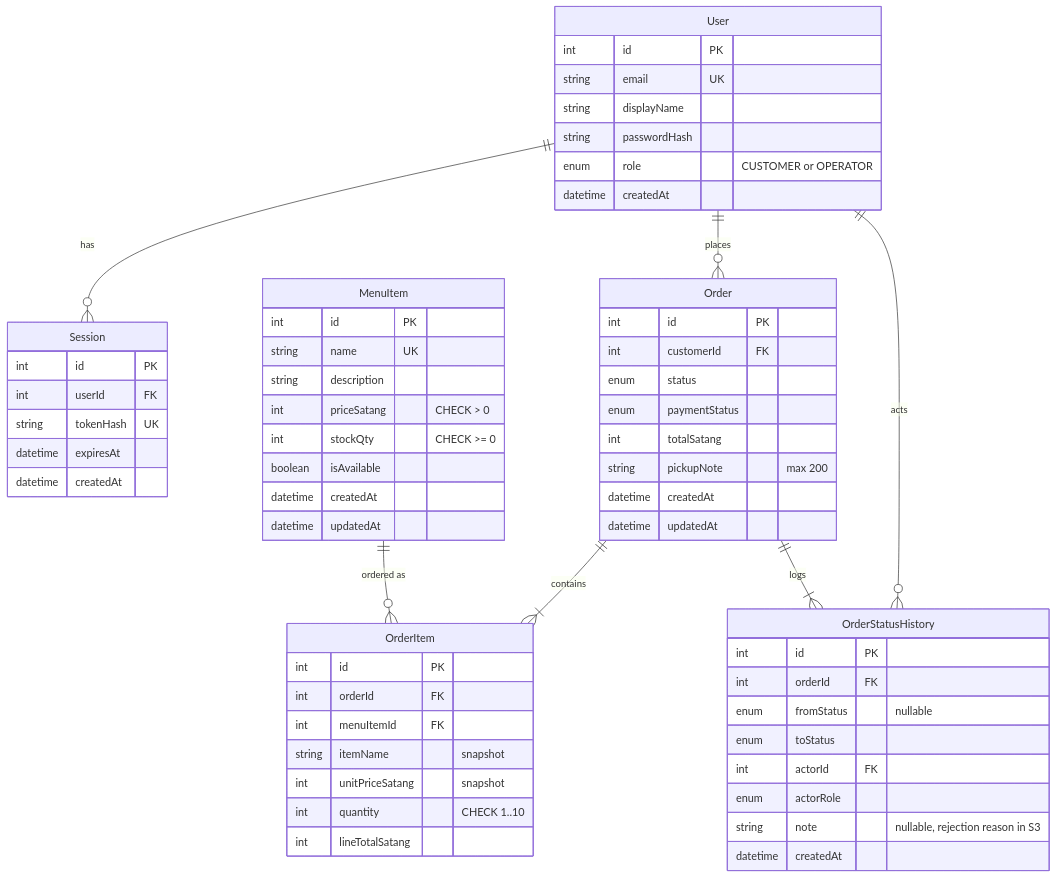
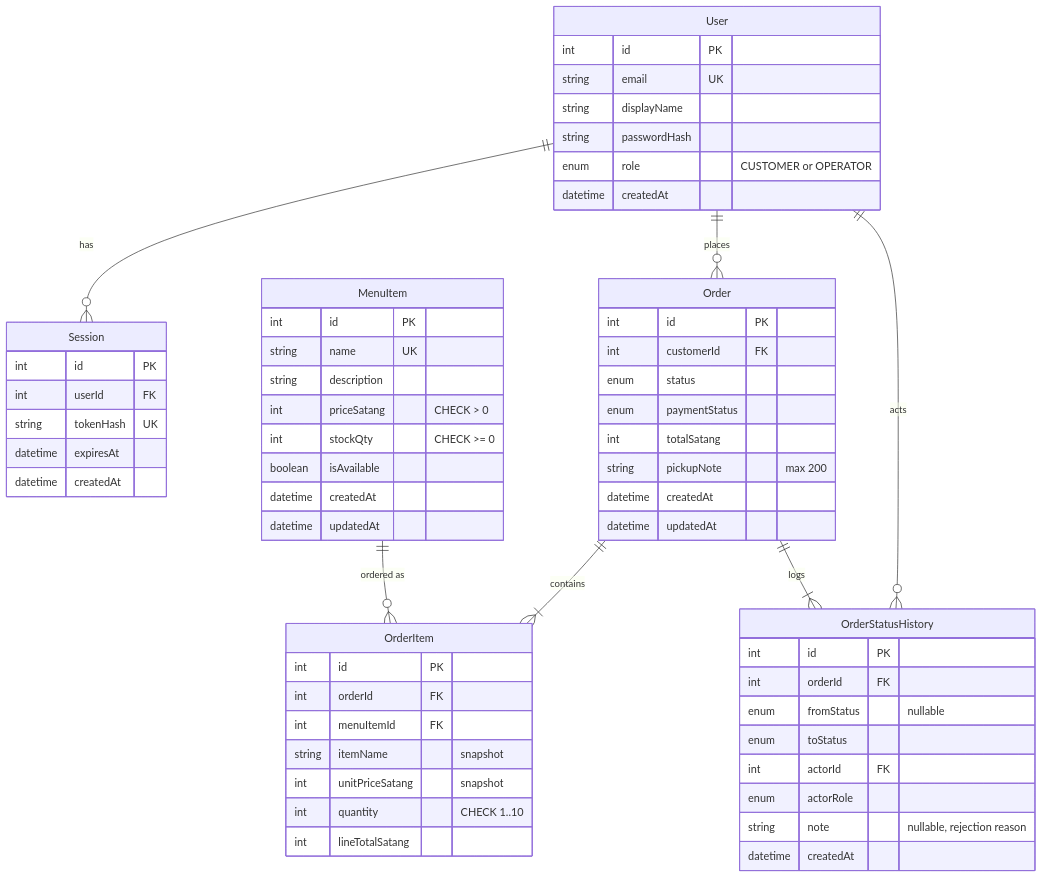
Before and after one commit to krittaphato3/E-Commerce-GroupProject-1052-1014: the second of 3 diagrams in docs/system-sds.md, drawn with Mermaid. The commit also changed other lines of this file and 2 other files, not shown here.

````diff
--- a/docs/system-sds.md
+++ b/docs/system-sds.md
@@ -82,63 +90,63 @@
 ```mermaid
 erDiagram
     User ||--o{ Session : has
     User ||--o{ Order : places
     User ||--o{ OrderStatusHistory : acts
     Order ||--|{ OrderItem : contains
     Order ||--|{ OrderStatusHistory : logs
     MenuItem ||--o{ OrderItem : "ordered as"
     User {
         int id PK
         string email UK
         string displayName
         string passwordHash
         enum role "CUSTOMER or OPERATOR"
         datetime createdAt
     }
     Session {
         int id PK
         int userId FK
         string tokenHash UK
         datetime expiresAt
         datetime createdAt
     }
     MenuItem {
         int id PK
         string name UK
         string description
         int priceSatang "CHECK > 0"
         int stockQty "CHECK >= 0"
         boolean isAvailable
         datetime createdAt
         datetime updatedAt
     }
     Order {
         int id PK
         int customerId FK
         enum status
         enum paymentStatus
         int totalSatang
         string pickupNote "max 200"
         datetime createdAt
         datetime updatedAt
     }
     OrderItem {
         int id PK
         int orderId FK
         int menuItemId FK
         string itemName "snapshot"
         int unitPriceSatang "snapshot"
         int quantity "CHECK 1..10"
         int lineTotalSatang
     }
     OrderStatusHistory {
         int id PK
         int orderId FK
         enum fromStatus "nullable"
         enum toStatus
         int actorId FK
         enum actorRole
-        string note "nullable, rejection reason in S3"
+        string note "nullable, rejection reason"
         datetime createdAt
     }
 ```
````
